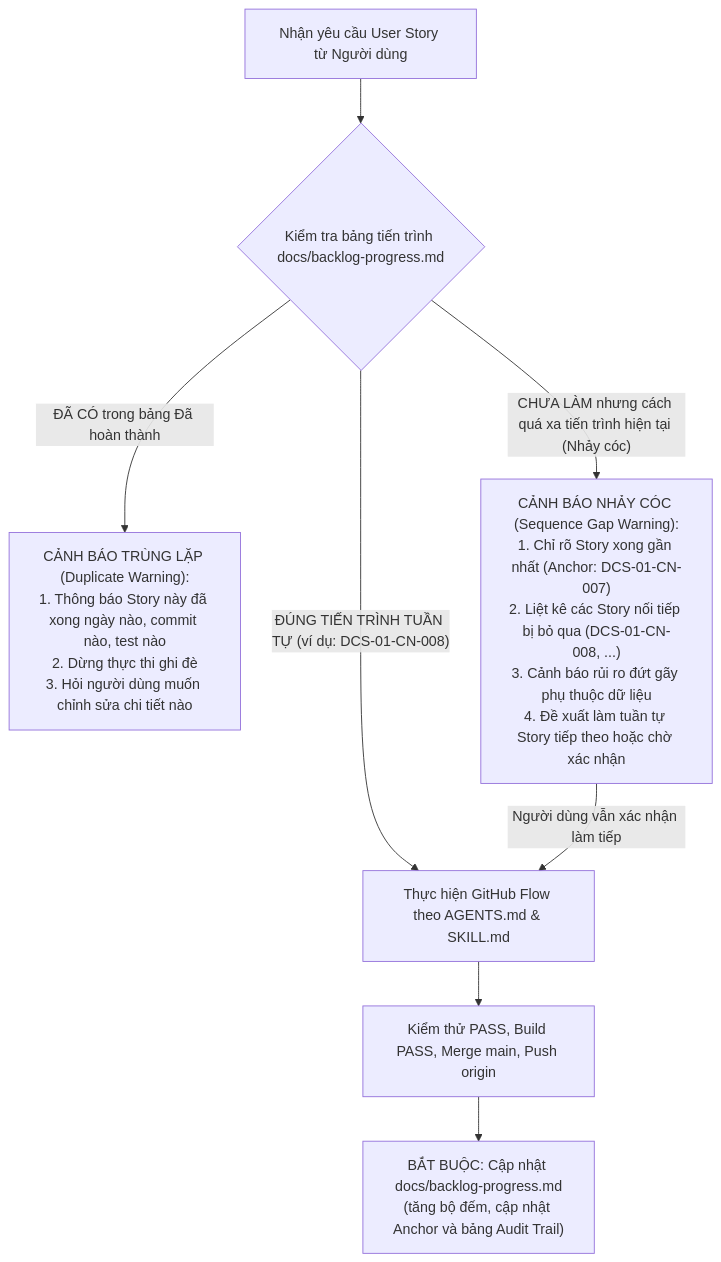
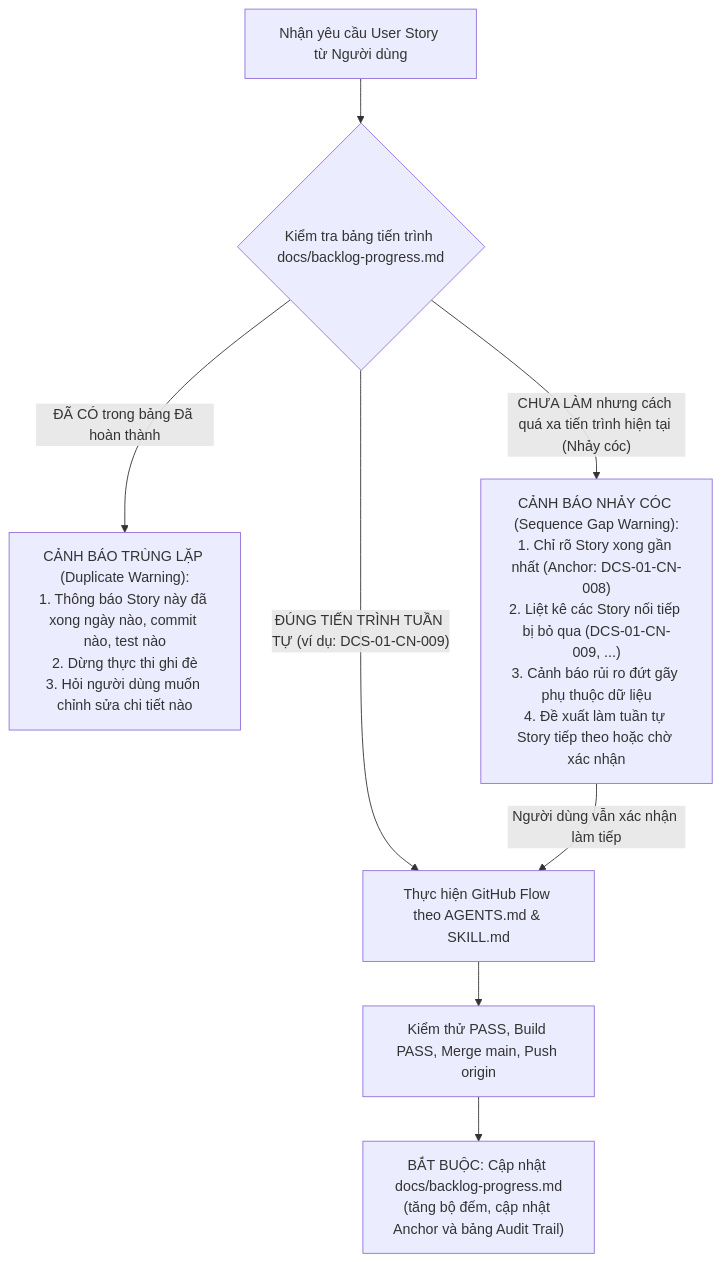
The diagram in docs/backlog-progress.md (hienvanla5/dia_chinh_so), drawn with Mermaid before and after one commit. The commit also changed other lines of this file and 1 other file, not shown here.

Commit message:
docs(api): document timed delegation endpoints and update progress for DCS-01-CN-008

````diff
--- a/docs/backlog-progress.md
+++ b/docs/backlog-progress.md
@@ -156,14 +178,14 @@
 ```mermaid
 flowchart TD
     Req["Nhận yêu cầu User Story từ Người dùng"] --> CheckTable{"Kiểm tra bảng tiến trình docs/backlog-progress.md"}
     
     CheckTable -- "ĐÃ CÓ trong bảng Đã hoàn thành" --> WarnDup["CẢNH BÁO TRÙNG LẶP (Duplicate Warning):<br>1. Thông báo Story này đã xong ngày nào, commit nào, test nào<br>2. Dừng thực thi ghi đè<br>3. Hỏi người dùng muốn chỉnh sửa chi tiết nào"]
     
-    CheckTable -- "CHƯA LÀM nhưng cách quá xa tiến trình hiện tại (Nhảy cóc)" --> WarnGap["CẢNH BÁO NHẢY CÓC (Sequence Gap Warning):<br>1. Chỉ rõ Story xong gần nhất (Anchor: DCS-01-CN-007)<br>2. Liệt kê các Story nối tiếp bị bỏ qua (DCS-01-CN-008, ...)<br>3. Cảnh báo rủi ro đứt gãy phụ thuộc dữ liệu<br>4. Đề xuất làm tuần tự Story tiếp theo hoặc chờ xác nhận"]
+    CheckTable -- "CHƯA LÀM nhưng cách quá xa tiến trình hiện tại (Nhảy cóc)" --> WarnGap["CẢNH BÁO NHẢY CÓC (Sequence Gap Warning):<br>1. Chỉ rõ Story xong gần nhất (Anchor: DCS-01-CN-008)<br>2. Liệt kê các Story nối tiếp bị bỏ qua (DCS-01-CN-009, ...)<br>3. Cảnh báo rủi ro đứt gãy phụ thuộc dữ liệu<br>4. Đề xuất làm tuần tự Story tiếp theo hoặc chờ xác nhận"]
     
-    CheckTable -- "ĐÚNG TIẾN TRÌNH TUẦN TỰ (ví dụ: DCS-01-CN-008)" --> RunStory["Thực hiện GitHub Flow theo AGENTS.md & SKILL.md"]
+    CheckTable -- "ĐÚNG TIẾN TRÌNH TUẦN TỰ (ví dụ: DCS-01-CN-009)" --> RunStory["Thực hiện GitHub Flow theo AGENTS.md & SKILL.md"]
     WarnGap -- "Người dùng vẫn xác nhận làm tiếp" --> RunStory
     
     RunStory --> Done["Kiểm thử PASS, Build PASS, Merge main, Push origin"]
     Done --> UpdateLog["BẮT BUỘC: Cập nhật docs/backlog-progress.md<br>(tăng bộ đếm, cập nhật Anchor và bảng Audit Trail)"]
 ```
````
